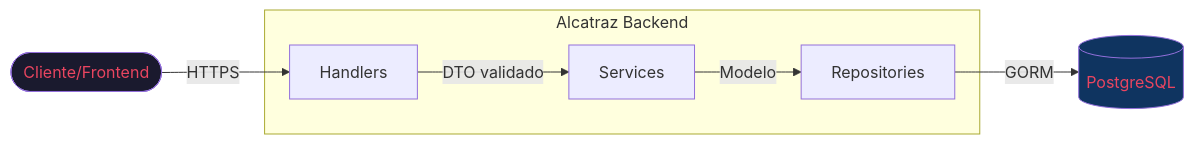
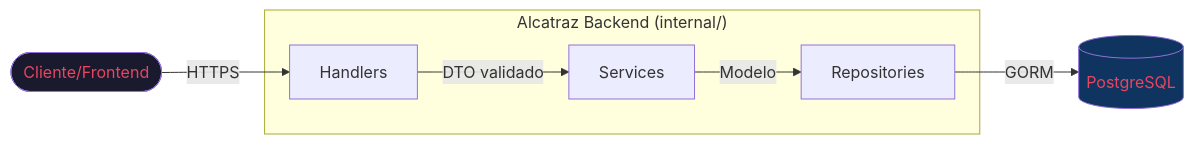
Before and after one commit to Giankrp/AlcatrazBack: the diagram in README.md, drawn with Mermaid. The commit also changed other lines of this file and 6 other files, not shown here.

Commit message:
docs: update and standardize architectural documentation for Zero Knowledge models and API routes

````diff
--- a/README.md
+++ b/README.md
@@ -148,16 +157,16 @@
 ```mermaid
 graph LR
     Client([Cliente/Frontend]) -->|HTTPS| Handlers
     Handlers -->|DTO validado| Services
     Services -->|Modelo| Repositories
     Repositories -->|GORM| DB[(PostgreSQL)]
 
-    subgraph "Alcatraz Backend"
+    subgraph "Alcatraz Backend (internal/)"
         Handlers
         Services
         Repositories
     end
 
     style Client fill:#1a1a2e,color:#e94560
     style DB fill:#0f3460,color:#e94560
 ```
````
